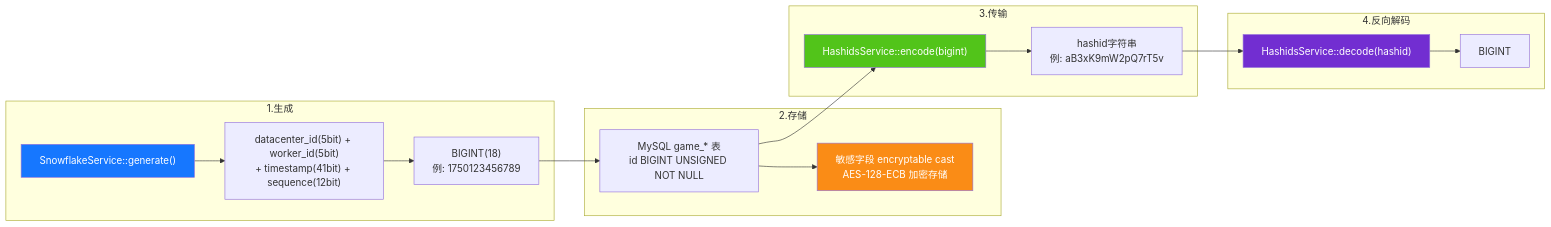
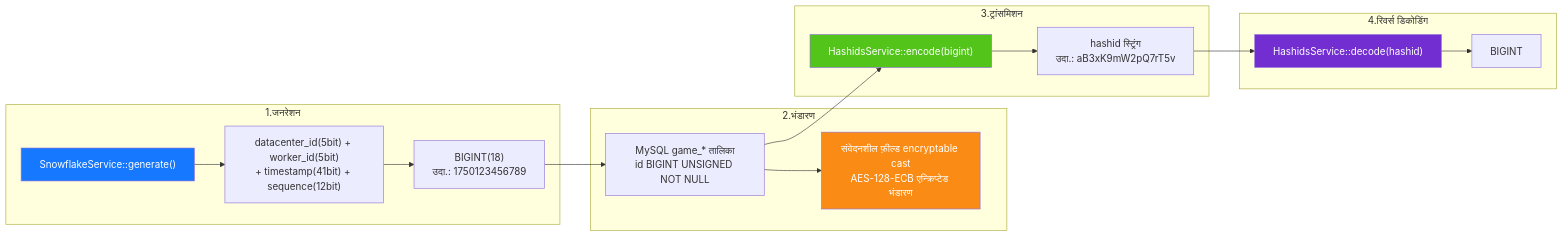
One commit to erikwang2013/game-platform-php changed the diagram in admin/docs/diagrams/06-id-lifecycle.hi.md. Above: the diagram before and after it, drawn with Mermaid. The commit also changed 211 other files, not shown here.

First line of the commit message:
fix: 支付配置读回类型根治、提现事件对账巡检，12 语族 mermaid 与 API 标签本地化

````diff
--- a/admin/docs/diagrams/06-id-lifecycle.hi.md
+++ b/admin/docs/diagrams/06-id-lifecycle.hi.md
@@ -7,32 +7,32 @@
 ```mermaid
 flowchart LR
-    subgraph gen["1.生成"]
+    subgraph gen["1.जनरेशन"]
         g1["SnowflakeService::generate()"]
         g2["datacenter_id(5bit) + worker_id(5bit)<br/>+ timestamp(41bit) + sequence(12bit)"]
-        g3["BIGINT(18)<br/>例: 1750123456789"]
+        g3["BIGINT(18)<br/>उदा.: 1750123456789"]
         g1 --> g2 --> g3
     end
 
-    subgraph store["2.存储"]
-        s1["MySQL game_* 表<br/>id BIGINT UNSIGNED NOT NULL"]
-        s2["敏感字段 encryptable cast<br/>AES-128-ECB 加密存储"]
+    subgraph store["2.भंडारण"]
+        s1["MySQL game_* तालिका<br/>id BIGINT UNSIGNED NOT NULL"]
+        s2["संवेदनशील फ़ील्ड encryptable cast<br/>AES-128-ECB एन्क्रिप्टेड भंडारण"]
         g3 --> s1 --> s2
     end
 
-    subgraph transfer["3.传输"]
+    subgraph transfer["3.ट्रांसमिशन"]
         t1["HashidsService::encode(bigint)"]
-        t2["hashid字符串<br/>例: aB3xK9mW2pQ7rT5v"]
+        t2["hashid स्ट्रिंग<br/>उदा.: aB3xK9mW2pQ7rT5v"]
         s1 --> t1 --> t2
     end
 
-    subgraph reverse["4.反向解码"]
+    subgraph reverse["4.रिवर्स डिकोडिंग"]
         r1["HashidsService::decode(hashid)"]
         r2["BIGINT"]
         t2 --> r1 --> r2
     end
 
     style g1 fill:#1677FF,color:#fff
     style s2 fill:#FA8C16,color:#fff
     style t1 fill:#52C41A,color:#fff
     style r1 fill:#722ED1,color:#fff
 ```
````
